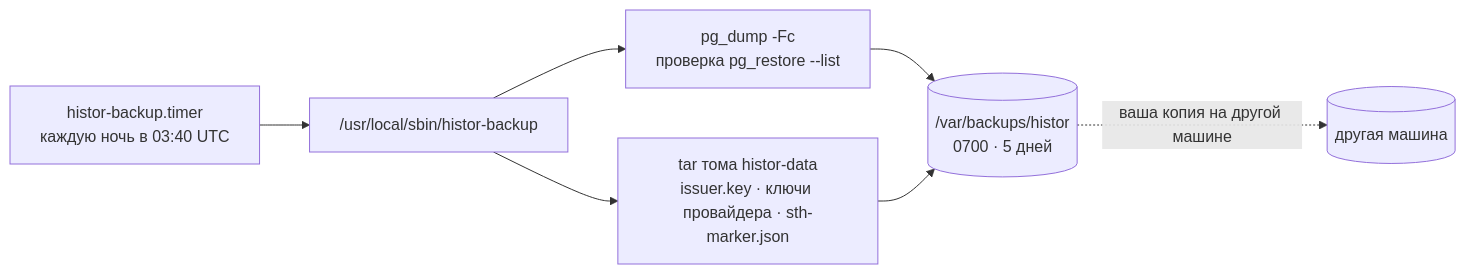
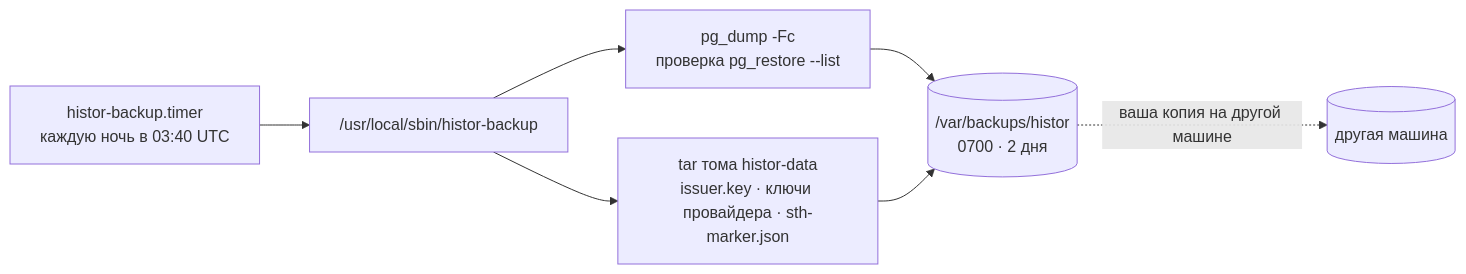
Before and after one commit to alexar76/histor: the third of 3 diagrams in docs/operations.ru.md, drawn with Mermaid. The commit also changed 30 other files, not shown here.

````diff
--- a/docs/operations.ru.md
+++ b/docs/operations.ru.md
@@ -119,9 +119,9 @@
 ```mermaid
 flowchart LR
     T["histor-backup.timer<br/>каждую ночь в 03:40 UTC"] --> S["/usr/local/sbin/histor-backup"]
     S --> D["pg_dump -Fc<br/>проверка pg_restore --list"]
     S --> K["tar тома histor-data<br/>issuer.key · ключи провайдера · sth-marker.json"]
-    D --> B[("/var/backups/histor<br/>0700 · 5 дней")]
+    D --> B[("/var/backups/histor<br/>0700 · 2 дня")]
     K --> B
     B -. "ваша копия на другой машине" .-> O[("другая машина")]
 ```
````
